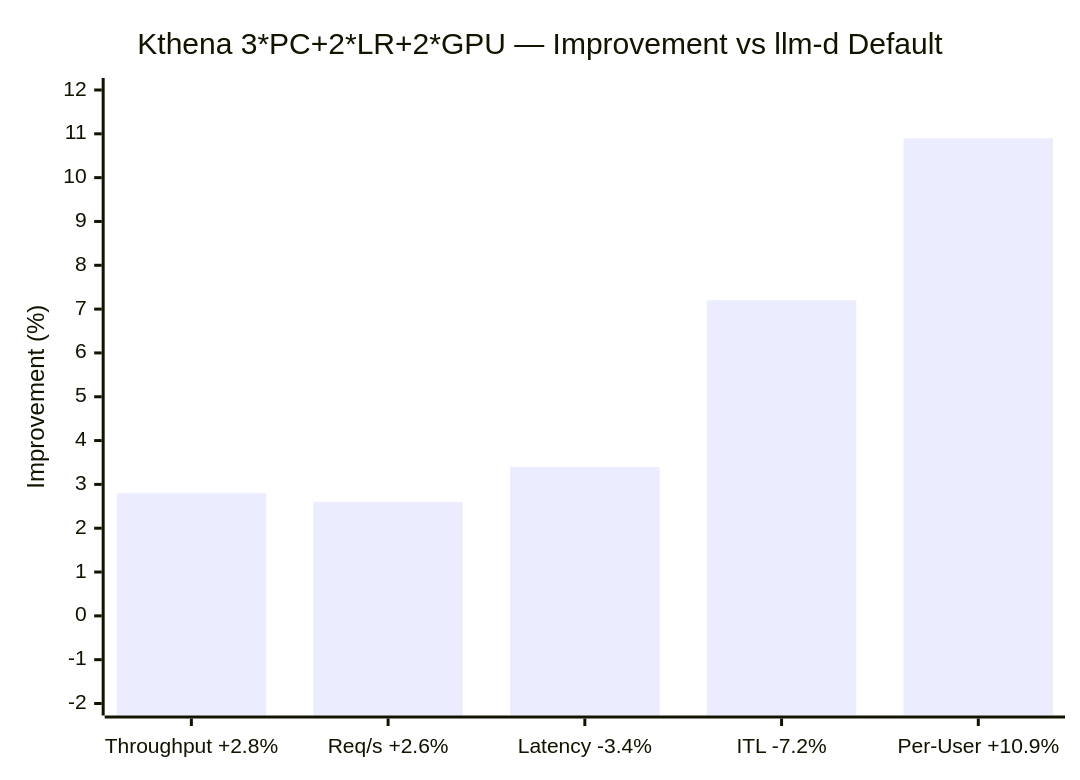
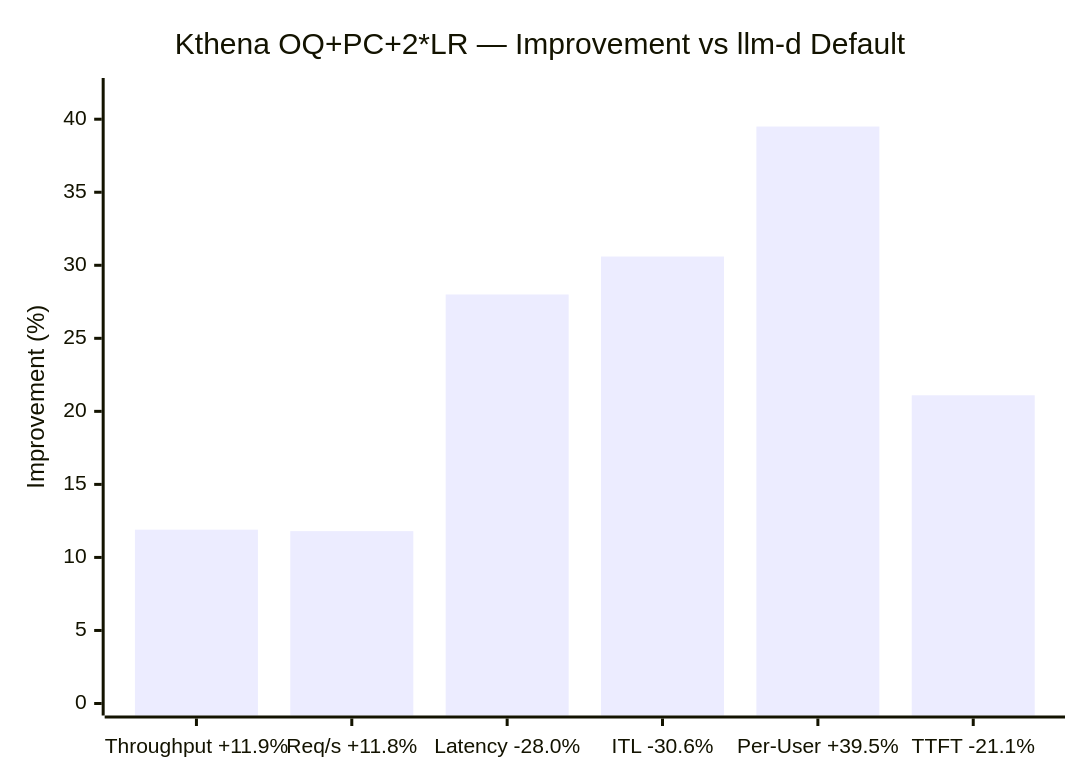
The seventh of 8 diagrams in benchmark-report-concurrency-40.md (YaoZengzeng/kthena), drawn with Mermaid before and after one commit. The commit also changed other lines of this file and 1 other file, not shown here.

````diff
--- a/benchmark-report-concurrency-40.md
+++ b/benchmark-report-concurrency-40.md
@@ -126,7 +130,7 @@
 ```mermaid
 xychart-beta
-    title "Kthena 3*PC+2*LR+2*GPU — Improvement vs llm-d Default"
-    x-axis ["Throughput +2.8%", "Req/s +2.6%", "Latency -3.4%", "ITL -7.2%", "Per-User +10.9%"]
-    y-axis "Improvement (%)" -2 --> 12
-    bar [2.8, 2.6, 3.4, 7.2, 10.9]
+    title "Kthena OQ+PC+2*LR — Improvement vs llm-d Default"
+    x-axis ["Throughput +11.9%", "Req/s +11.8%", "Latency -28.0%", "ITL -30.6%", "Per-User +39.5%", "TTFT -21.1%"]
+    y-axis "Improvement (%)" 0 --> 42
+    bar [11.9, 11.8, 28.0, 30.6, 39.5, 21.1]
 ```
````
